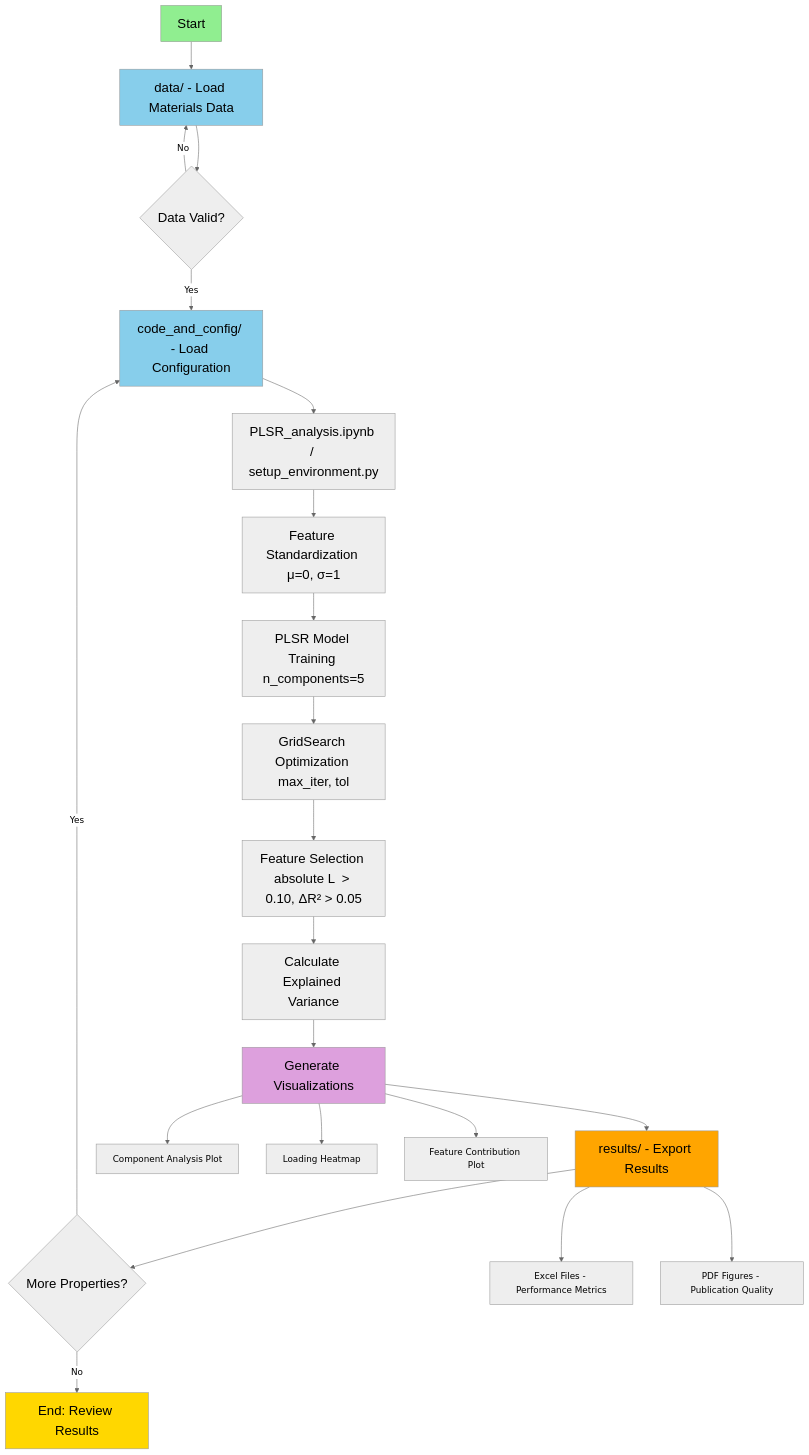
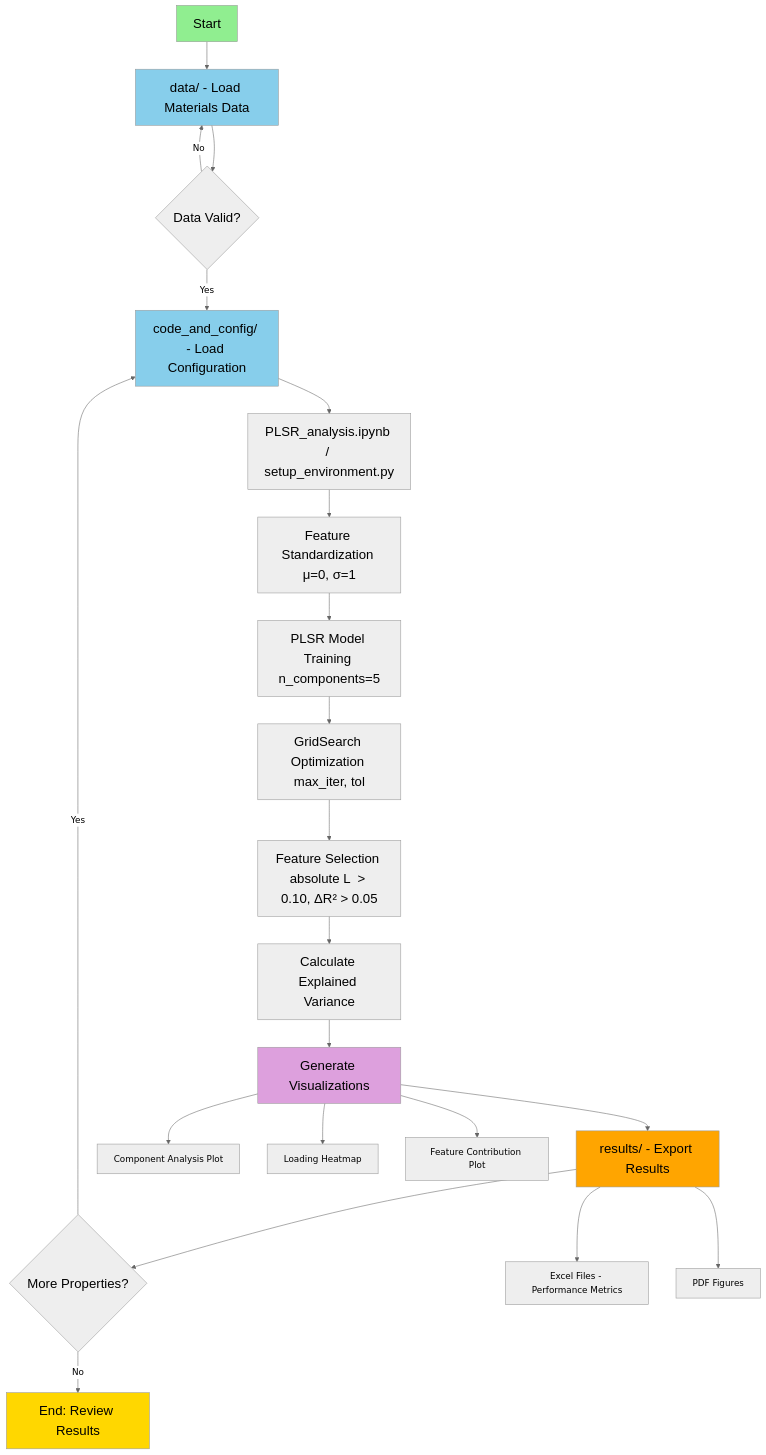
The diagram in plsr_feature_selection/README.md (Shaswat-qm-researcher/Physics-Informed-Symbolic-Regression-for-Phonon-Related-Property-Prediction-and-Materials-Discovery), drawn with Mermaid (neutral theme) before and after one commit.

````diff
--- a/plsr_feature_selection/README.md
+++ b/plsr_feature_selection/README.md
@@ -24,40 +24,40 @@
 ```mermaid
 flowchart TD
     A[Start] --> B[data/ - Load Materials Data]
     B --> C{Data Valid?}
     C -->|No| B
     C -->|Yes| D[code_and_config/ - Load Configuration]
     D --> E[PLSR_analysis.ipynb / setup_environment.py]
     E --> F[Feature Standardization μ=0, σ=1]
     F --> G[PLSR Model Training n_components=5]
     G --> H[GridSearch Optimization max_iter, tol]
     H --> I[Feature Selection absolute L  > 0.10, ΔR² > 0.05]
     I --> J[Calculate Explained Variance]
     J --> K[Generate Visualizations]
     K --> L[results/ - Export Results]
     L --> M{More Properties?}
     M -->|Yes| D
     M -->|No| N[End: Review Results]
     
     K --> K1[Component Analysis Plot]
     K --> K2[Loading Heatmap]
     K --> K3[Feature Contribution Plot]
     
     L --> L1[Excel Files - Performance Metrics]
-    L --> L2[PDF Figures - Publication Quality]
+    L --> L2[PDF Figures]
 
 style A fill:#90EE90, font-size:24px, font-family:Arial
 style B fill:#87CEEB, font-size:24px, font-family:Arial
 style C font-size:24px, font-family:Arial
 style D fill:#87CEEB, font-size:24px, font-family:Arial
 style E font-size:24px, font-family:Arial
 style F font-size:24px, font-family:Arial
 style G font-size:24px, font-family:Arial
 style H font-size:24px, font-family:Arial
 style I font-size:24px, font-family:Arial
 style J font-size:24px, font-family:Arial
 style K fill:#DDA0DD, font-size:24px, font-family:Arial
 style L fill:#FFA500, font-size:24px, font-family:Arial
 style M font-size:24px, font-family:Arial
 style N fill:#FFD700, font-size:24px, font-family:Arial
 ```
````
